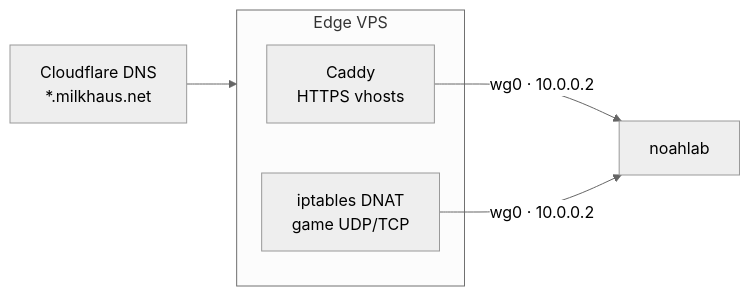
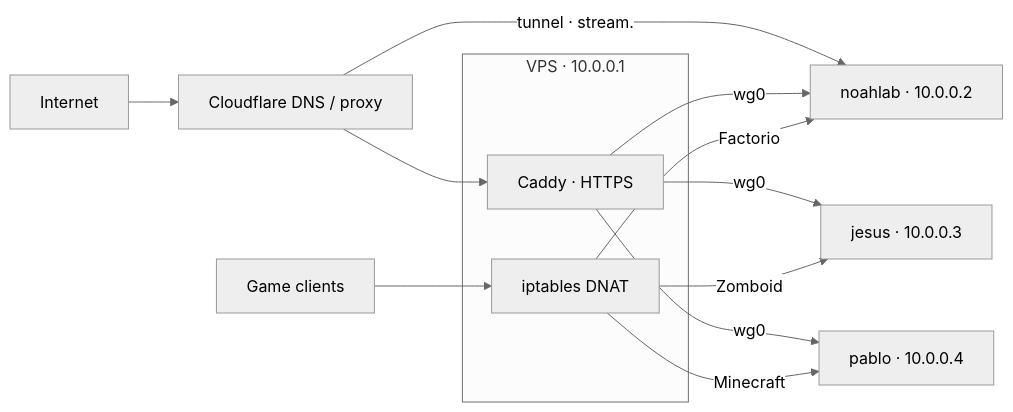
One commit to Milkhaus-tech/homelab changed the diagram in docs/architecture.md. Above: the diagram before and after it, drawn with Mermaid (neutral theme). The commit also changed other lines of this file, not shown here.

First line of the commit message:
docs/architecture: describe the full three-node setup

````diff
--- a/docs/architecture.md
+++ b/docs/architecture.md
@@ -19,10 +22,19 @@
 ```mermaid
 flowchart LR
-    dns["Cloudflare DNS<br/>*.milkhaus.net"] --> vps
-    subgraph vps["Edge VPS"]
-        caddy["Caddy<br/>HTTPS vhosts"]
-        ipt["iptables DNAT<br/>game UDP/TCP"]
+    users["Internet"] --> cf["Cloudflare DNS / proxy"]
+    cf -->|"tunnel · stream."| noahlab
+    cf --> caddy
+    players["Game clients"] --> dnat
+
+    subgraph vps["VPS · 10.0.0.1"]
+        caddy["Caddy · HTTPS"]
+        dnat["iptables DNAT"]
     end
-    caddy -->|"wg0 · 10.0.0.2"| box["noahlab"]
-    ipt -->|"wg0 · 10.0.0.2"| box
+
+    caddy -->|wg0| noahlab["noahlab · 10.0.0.2"]
+    caddy -->|wg0| jesus["jesus · 10.0.0.3"]
+    caddy -->|wg0| pablo["pablo · 10.0.0.4"]
+    dnat -->|"Factorio"| noahlab
+    dnat -->|"Zomboid"| jesus
+    dnat -->|"Minecraft"| pablo
 ```
````
